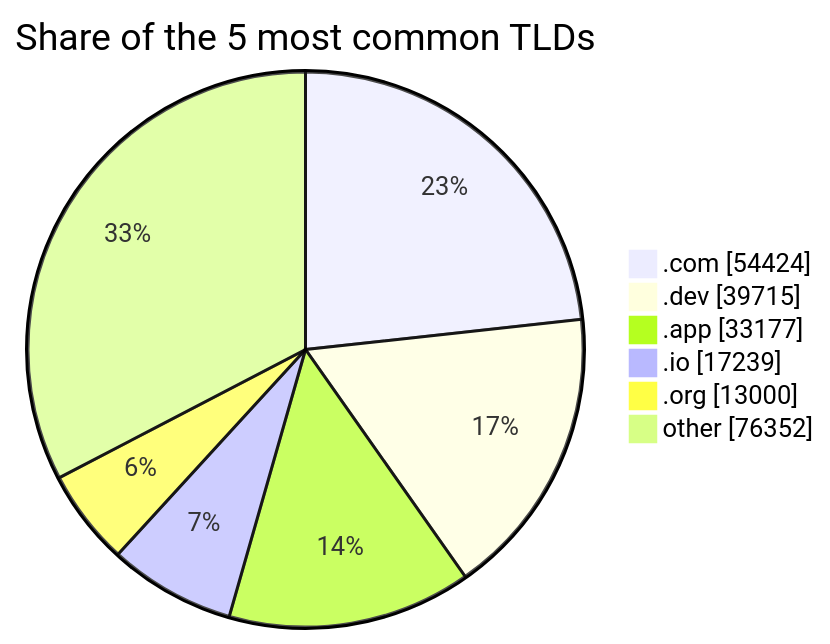
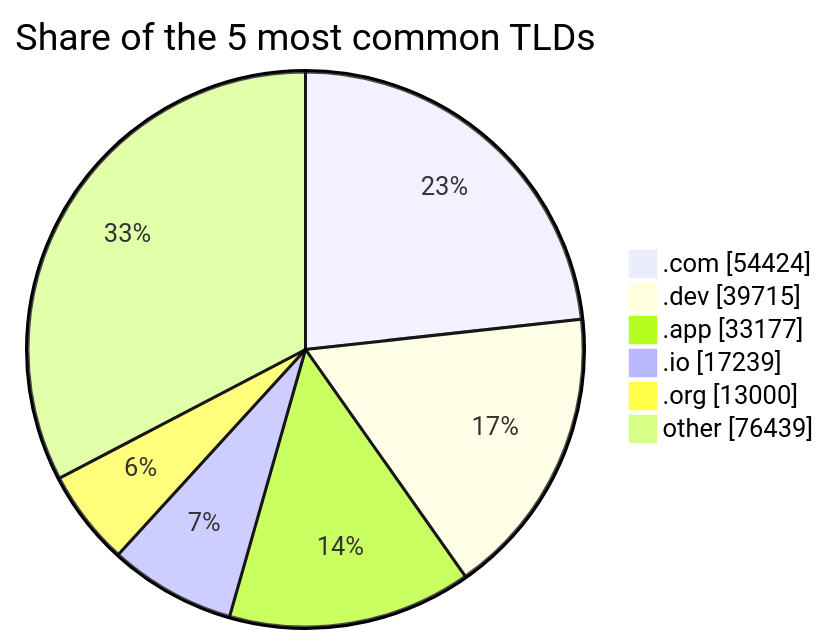
One commit to DNSBunker/CTI changed the second of 2 diagrams in README.md. Above: the diagram before and after it, drawn with Mermaid. The commit also changed other lines of this file and 3 other files, not shown here.

````diff
--- a/README.md
+++ b/README.md
@@ -72,9 +72,9 @@
 ```mermaid
 pie showData title Share of the 5 most common TLDs
     ".com" : 54424
     ".dev" : 39715
     ".app" : 33177
     ".io" : 17239
     ".org" : 13000
-    "other" : 76352
+    "other" : 76439
 ```
````
